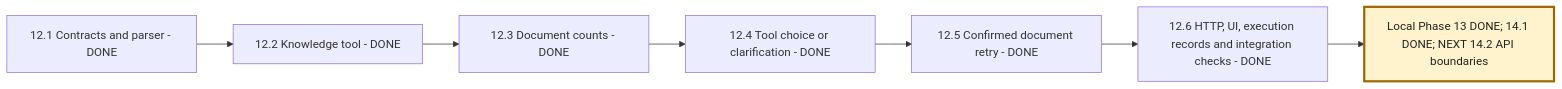
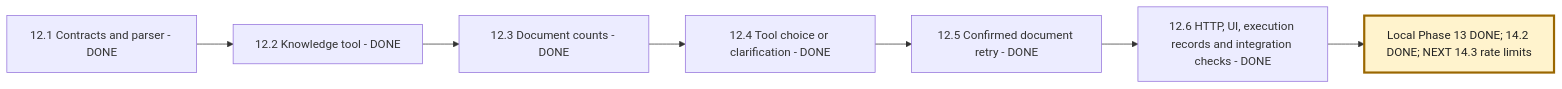
One commit to msdian0007/nexaAi changed the fourth of 6 diagrams in NEXAAI_ROADMAP.md. Above: the diagram before and after it, drawn with Mermaid. The commit also changed other lines of this file and 34 other files, not shown here.

````diff
--- a/NEXAAI_ROADMAP.md
+++ b/NEXAAI_ROADMAP.md
@@ -307,10 +308,10 @@
 ```mermaid
 flowchart LR
     A[12.1 Contracts and parser - DONE] --> B[12.2 Knowledge tool - DONE]
     B --> C[12.3 Document counts - DONE]
     C --> D[12.4 Tool choice or clarification - DONE]
     D --> E[12.5 Confirmed document retry - DONE]
     E --> F[12.6 HTTP, UI, execution records and integration checks - DONE]
-    F --> G[Local Phase 13 DONE; 14.1 DONE; NEXT 14.2 API boundaries]
+    F --> G[Local Phase 13 DONE; 14.2 DONE; NEXT 14.3 rate limits]
     style G fill:#fff3cd,stroke:#9a6700,stroke-width:3px,color:#222
 ```
````
